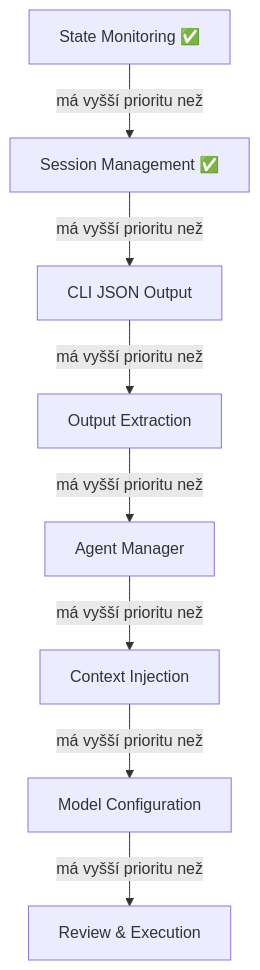
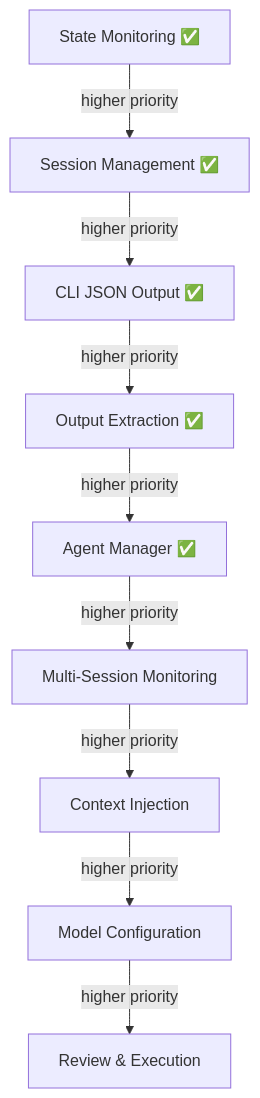
One commit to simik394/angrav changed the diagram in docs/wbs.md. Above: the diagram before and after it, drawn with Mermaid. The commit also changed other lines of this file and 10 other files, not shown here.

````diff
--- a/docs/wbs.md
+++ b/docs/wbs.md
@@ -7,19 +7,21 @@
 ```mermaid
 graph TD
     SM["State Monitoring ✅"]
     SESS["Session Management ✅"]
-    JSON["CLI JSON Output"]
-    OUT["Output Extraction"]
-    AM["Agent Manager"]
+    JSON["CLI JSON Output ✅"]
+    OUT["Output Extraction ✅"]
+    AM["Agent Manager ✅"]
+    MULTI["Multi-Session Monitoring"]
     CTX["Context Injection"]
     CFG["Model Configuration"]
     REV["Review & Execution"]
 
-    SM -->|"má vyšší prioritu než"| SESS
-    SESS -->|"má vyšší prioritu než"| JSON
-    JSON -->|"má vyšší prioritu než"| OUT
-    OUT -->|"má vyšší prioritu než"| AM
-    AM -->|"má vyšší prioritu než"| CTX
-    CTX -->|"má vyšší prioritu než"| CFG
-    CFG -->|"má vyšší prioritu než"| REV
+    SM -->|"higher priority"| SESS
+    SESS -->|"higher priority"| JSON
+    JSON -->|"higher priority"| OUT
+    OUT -->|"higher priority"| AM
+    AM -->|"higher priority"| MULTI
+    MULTI -->|"higher priority"| CTX
+    CTX -->|"higher priority"| CFG
+    CFG -->|"higher priority"| REV
 ```
````
